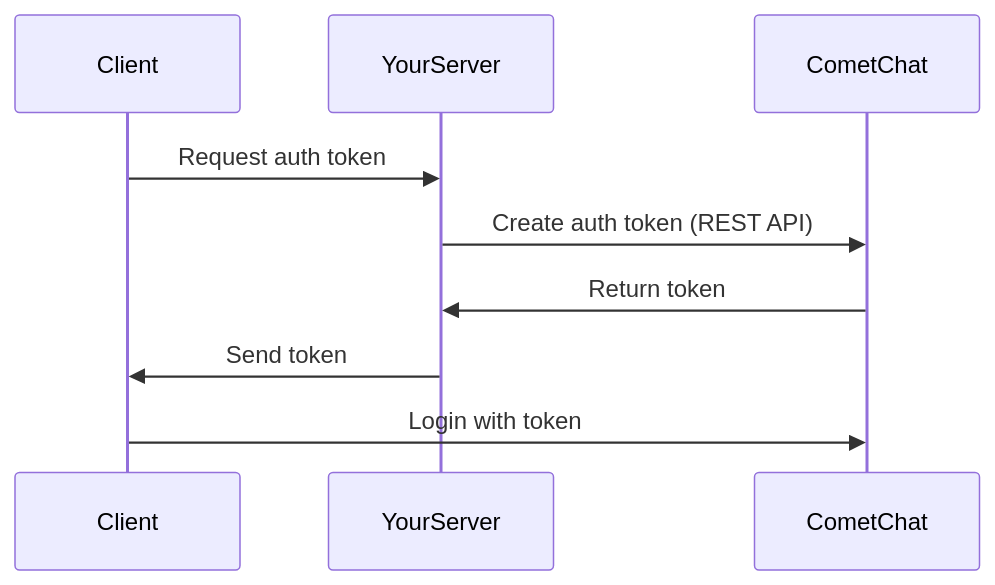
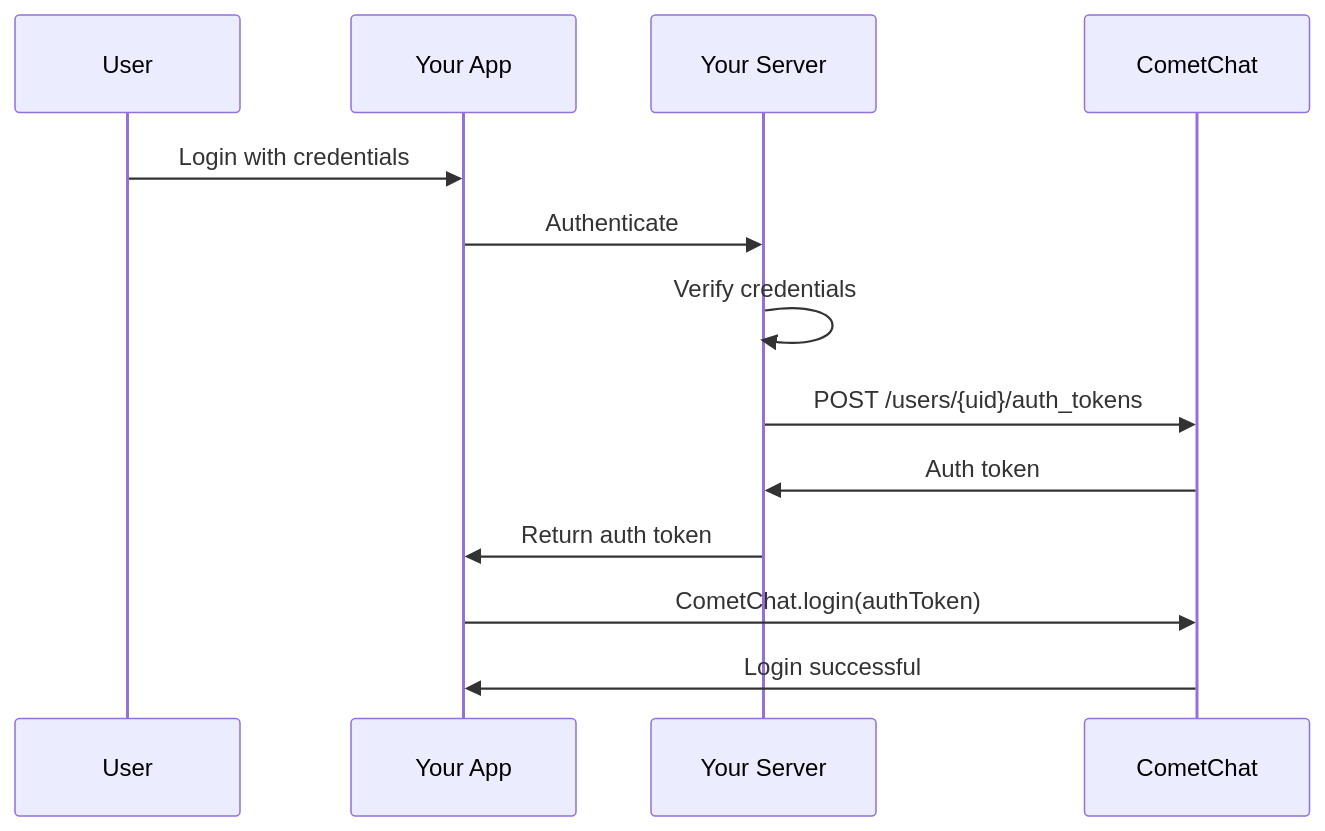
Before and after one commit to omkar6750/docs: the tenth of 10 diagrams in sdk/javascript/key-concepts.mdx, drawn with Mermaid. The commit also changed other lines of this file, not shown here.

````diff
--- a/sdk/javascript/key-concepts.mdx
+++ b/sdk/javascript/key-concepts.mdx
@@ -124,12 +734,16 @@
 ```mermaid
 sequenceDiagram
-    participant Client
-    participant YourServer
-    participant CometChat
-    
-    Client->>YourServer: Request auth token
-    YourServer->>CometChat: Create auth token (REST API)
-    CometChat->>YourServer: Return token
-    YourServer->>Client: Send token
-    Client->>CometChat: Login with token
+    participant User
+    participant App as Your App
+    participant Server as Your Server
+    participant CC as CometChat
+
+    User->>App: Login with credentials
+    App->>Server: Authenticate
+    Server->>Server: Verify credentials
+    Server->>CC: POST /users/{uid}/auth_tokens
+    CC->>Server: Auth token
+    Server->>App: Return auth token
+    App->>CC: CometChat.login(authToken)
+    CC->>App: Login successful
 ```
````
